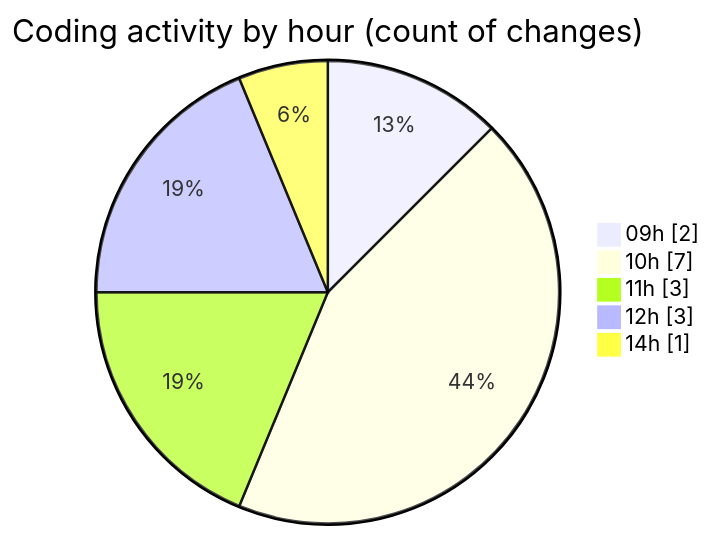
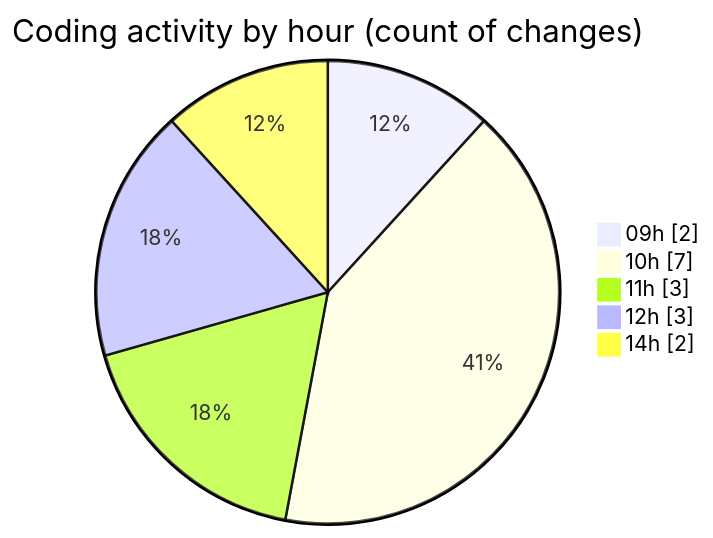
One commit to igalym/code-tracking changed the second of 2 diagrams in 2026-03-02/typescript/README.md. Above: the diagram before and after it, drawn with Mermaid. The commit also changed other lines of this file and 1 other file, not shown here.

````diff
--- a/2026-03-02/typescript/README.md
+++ b/2026-03-02/typescript/README.md
@@ -33,9 +33,9 @@
 ```mermaid
 pie showData
 title Coding activity by hour (count of changes)
 "09h" : 2
 "10h" : 7
 "11h" : 3
 "12h" : 3
-"14h" : 1
+"14h" : 2
 ```
````
